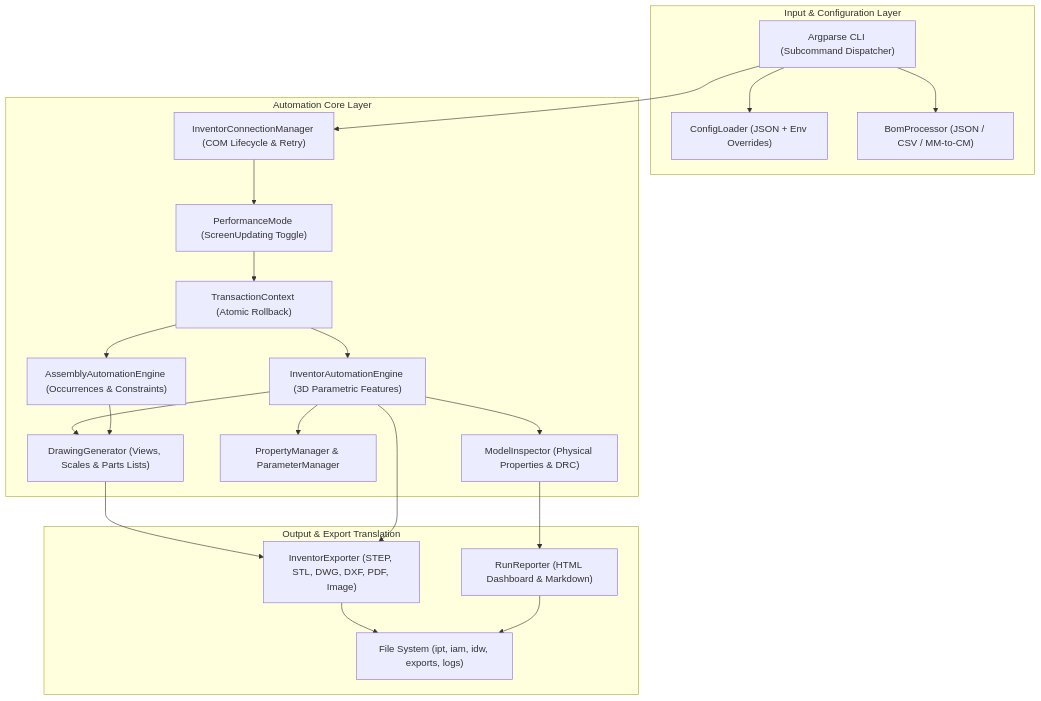
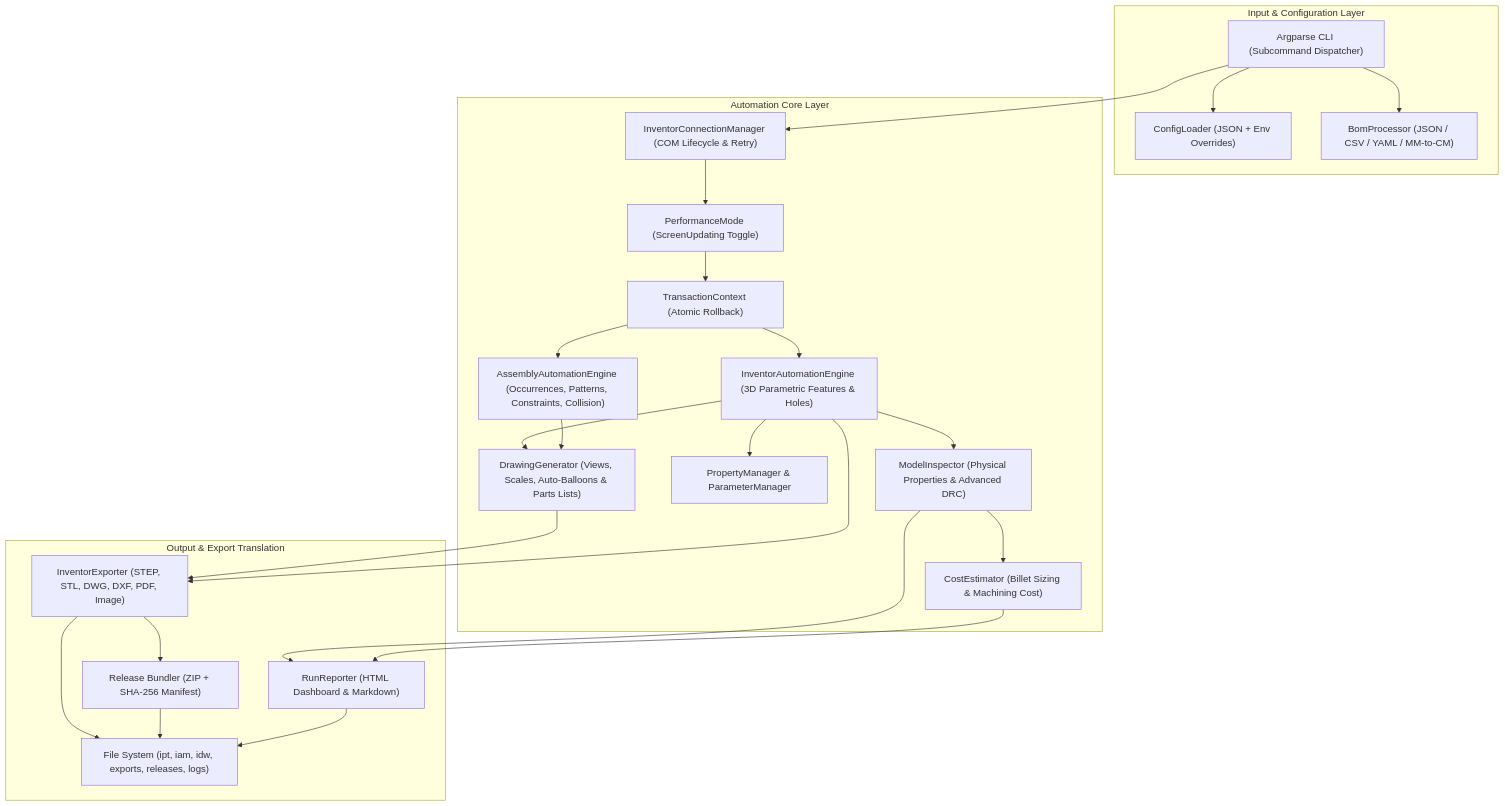
The diagram in docs/ARCHITECTURE.md (MelvinjoseC/Inventor-Automation), drawn with Mermaid before and after one commit. The commit also changed other lines of this file and 2 other files, not shown here.

Commit message:
docs: comprehensive update to README, architecture documentation, sample files, and CHANGELOG for v2.2.0

````diff
--- a/docs/ARCHITECTURE.md
+++ b/docs/ARCHITECTURE.md
@@ -17,42 +20,48 @@
 ```mermaid
 graph TD
     subgraph Input_Layer ["Input & Configuration Layer"]
         CFG["ConfigLoader (JSON + Env Overrides)"]
-        BOM["BomProcessor (JSON / CSV / MM-to-CM)"]
+        BOM["BomProcessor (JSON / CSV / YAML / MM-to-CM)"]
         CLI["Argparse CLI (Subcommand Dispatcher)"]
     end
 
     subgraph Core_Engine ["Automation Core Layer"]
         CONN["InventorConnectionManager (COM Lifecycle & Retry)"]
         PERF["PerformanceMode (ScreenUpdating Toggle)"]
         TRANS["TransactionContext (Atomic Rollback)"]
-        ENG["InventorAutomationEngine (3D Parametric Features)"]
-        ASM["AssemblyAutomationEngine (Occurrences & Constraints)"]
-        DRAW["DrawingGenerator (Views, Scales & Parts Lists)"]
+        ENG["InventorAutomationEngine (3D Parametric Features & Holes)"]
+        ASM["AssemblyAutomationEngine (Occurrences, Patterns, Constraints, Collision)"]
+        DRAW["DrawingGenerator (Views, Scales, Auto-Balloons & Parts Lists)"]
         PROP["PropertyManager & ParameterManager"]
-        DRC["ModelInspector (Physical Properties & DRC)"]
+        DRC["ModelInspector (Physical Properties & Advanced DRC)"]
+        COST["CostEstimator (Billet Sizing & Machining Cost)"]
     end
 
     subgraph Output_Layer ["Output & Export Translation"]
         EXP["InventorExporter (STEP, STL, DWG, DXF, PDF, Image)"]
+        BUNDLE["Release Bundler (ZIP + SHA-256 Manifest)"]
         REP["RunReporter (HTML Dashboard & Markdown)"]
-        FS["File System (ipt, iam, idw, exports, logs)"]
+        FS["File System (ipt, iam, idw, exports, releases, logs)"]
     end
 
     CLI --> CFG
     CLI --> BOM
     CLI --> CONN
     CONN --> PERF
     PERF --> TRANS
     TRANS --> ENG
     TRANS --> ASM
     ENG --> PROP
     ENG --> DRC
     ENG --> DRAW
+    DRC --> COST
     ASM --> DRAW
     DRAW --> EXP
     ENG --> EXP
+    EXP --> BUNDLE
     DRC --> REP
+    COST --> REP
     EXP --> FS
+    BUNDLE --> FS
     REP --> FS
 ```
````
